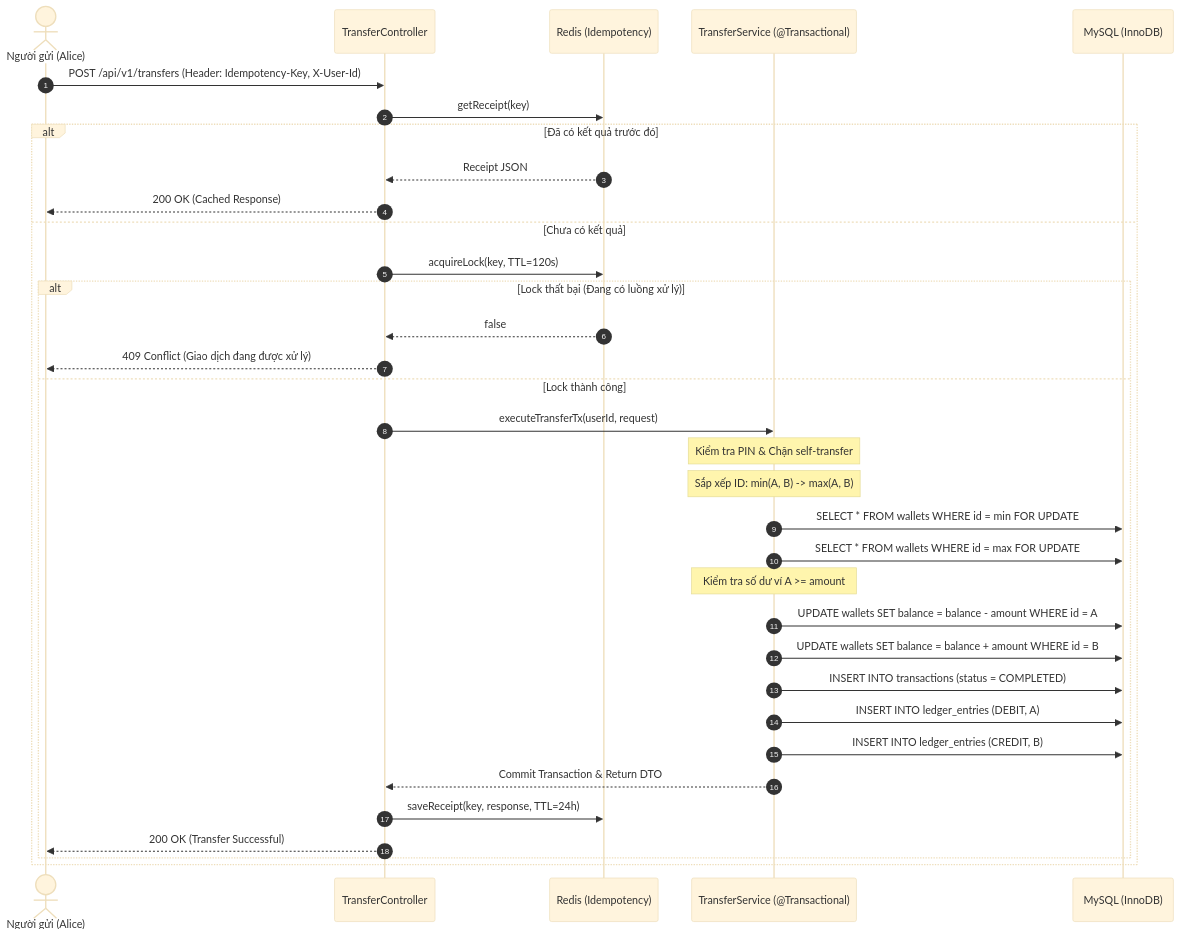
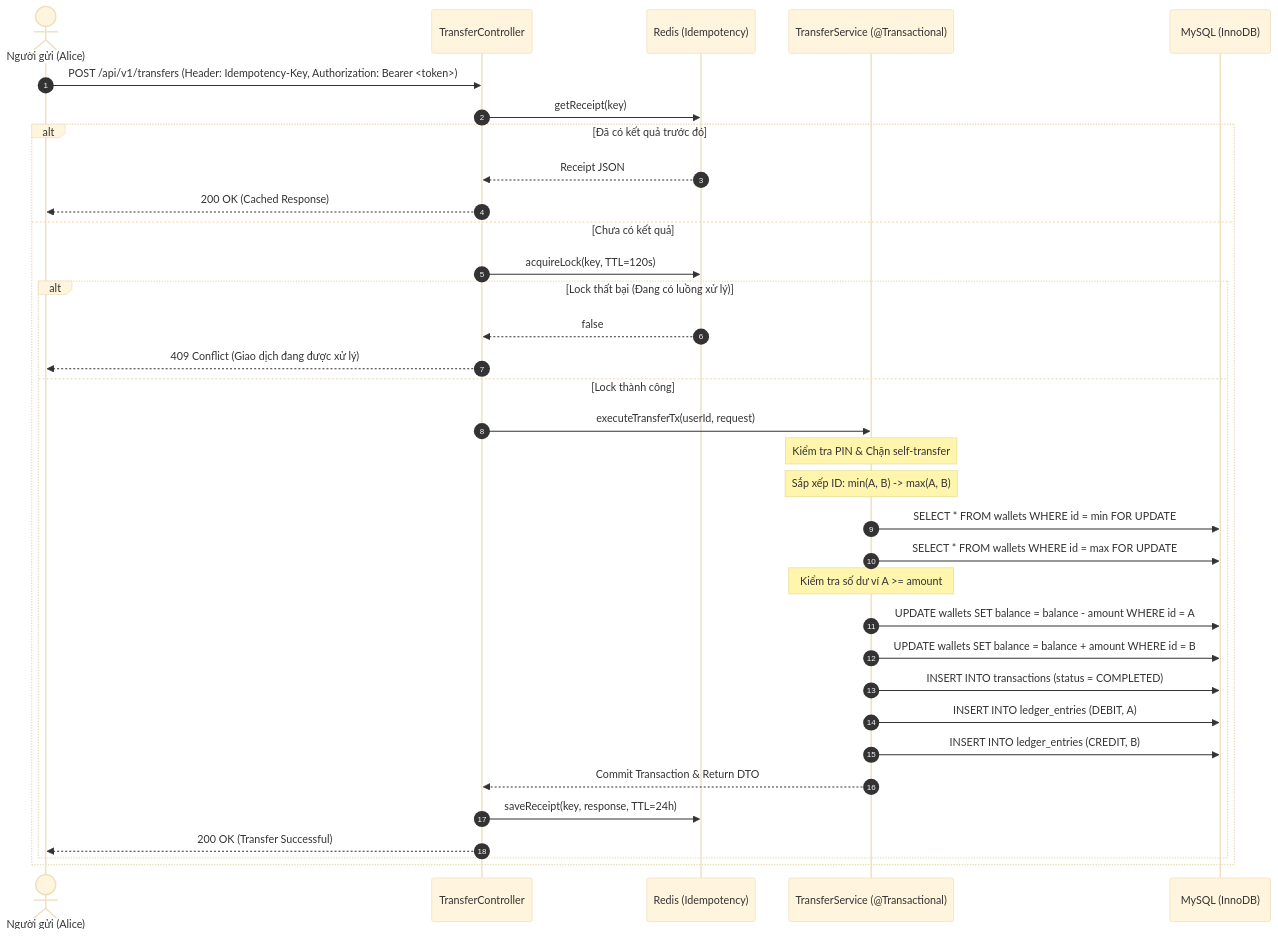
One commit to VuongDuongg/e-wallet-project changed the second of 2 diagrams in README.md. Above: the diagram before and after it, drawn with Mermaid (base theme). The commit also changed other lines of this file and 9 other files, not shown here.

````diff
--- a/README.md
+++ b/README.md
@@ -144,37 +144,37 @@
 ```mermaid
 sequenceDiagram
     autonumber
     actor Alice as Người gửi (Alice)
     participant API as TransferController
     participant RS as Redis (Idempotency)
     participant TX as TransferService (@Transactional)
     participant DB as MySQL (InnoDB)
 
-    Alice->>API: POST /api/v1/transfers (Header: Idempotency-Key, X-User-Id)
+    Alice->>API: POST /api/v1/transfers (Header: Idempotency-Key, Authorization: Bearer <token>)
     API->>RS: getReceipt(key)
     alt Đã có kết quả trước đó
         RS-->>API: Receipt JSON
         API-->>Alice: 200 OK (Cached Response)
     else Chưa có kết quả
         API->>RS: acquireLock(key, TTL=120s)
         alt Lock thất bại (Đang có luồng xử lý)
             RS-->>API: false
             API-->>Alice: 409 Conflict (Giao dịch đang được xử lý)
         else Lock thành công
             API->>TX: executeTransferTx(userId, request)
             Note over TX: Kiểm tra PIN & Chặn self-transfer
             Note over TX: Sắp xếp ID: min(A, B) -> max(A, B)
             TX->>DB: SELECT * FROM wallets WHERE id = min FOR UPDATE
             TX->>DB: SELECT * FROM wallets WHERE id = max FOR UPDATE
             Note over TX: Kiểm tra số dư ví A >= amount
             TX->>DB: UPDATE wallets SET balance = balance - amount WHERE id = A
             TX->>DB: UPDATE wallets SET balance = balance + amount WHERE id = B
             TX->>DB: INSERT INTO transactions (status = COMPLETED)
             TX->>DB: INSERT INTO ledger_entries (DEBIT, A)
             TX->>DB: INSERT INTO ledger_entries (CREDIT, B)
             TX-->>API: Commit Transaction & Return DTO
             API->>RS: saveReceipt(key, response, TTL=24h)
             API-->>Alice: 200 OK (Transfer Successful)
         end
     end
 ```
````
